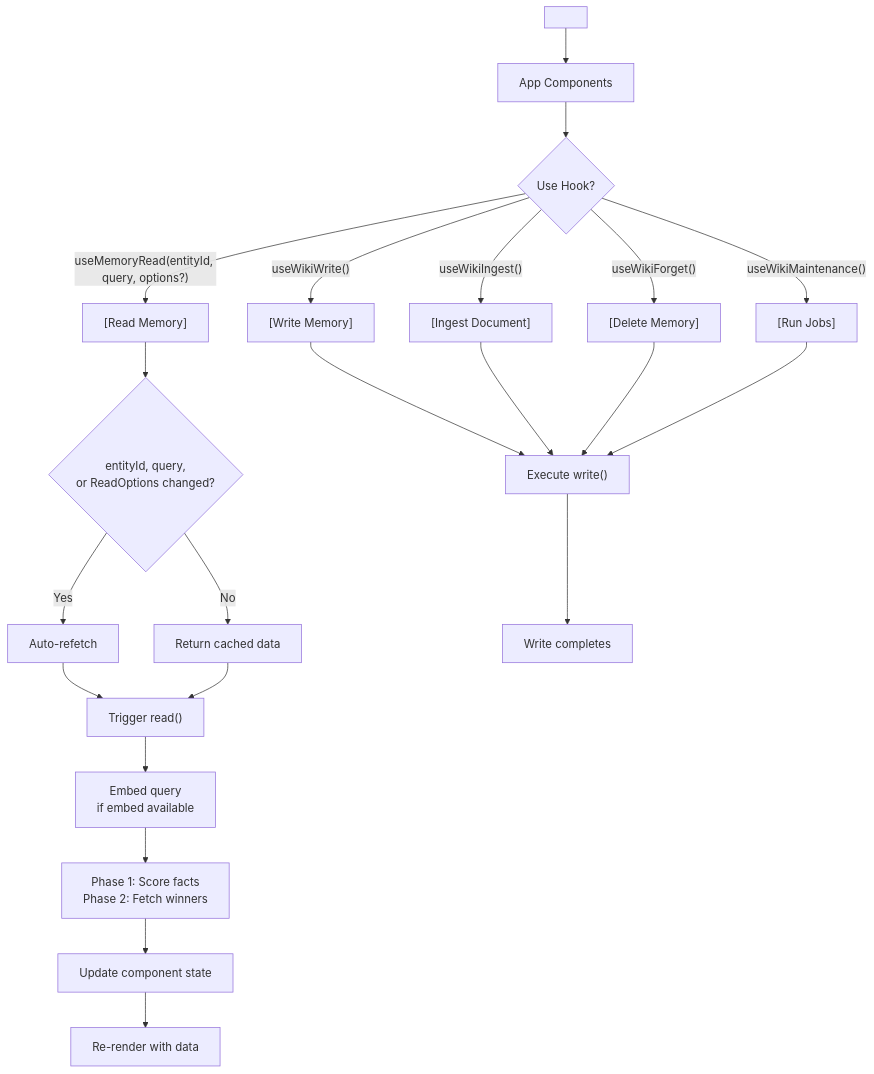
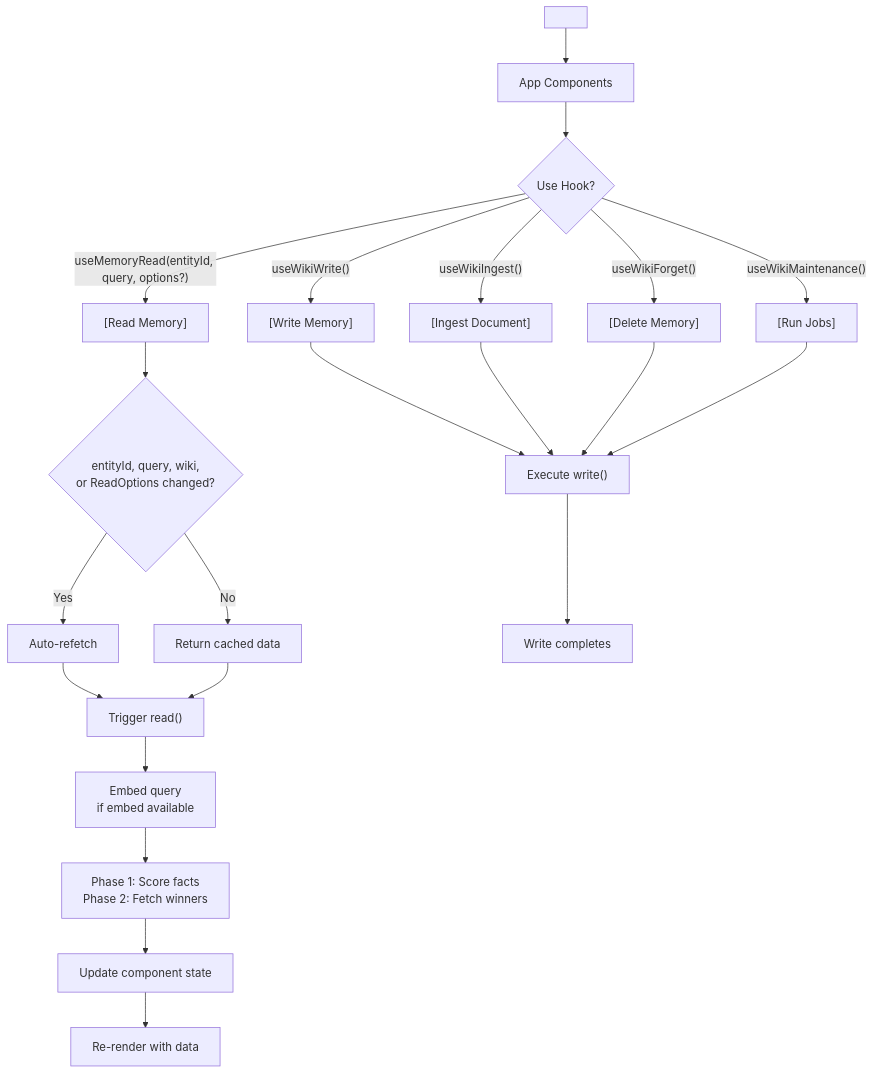
The first of 2 diagrams in packages/expo/README.md (equationalapplications/expo-llm-wiki), drawn with Mermaid before and after one commit.

Commit message:
Potential fix for pull request finding

````diff
--- a/packages/expo/README.md
+++ b/packages/expo/README.md
@@ -187,24 +187,24 @@
 ```mermaid
 flowchart TD
     A["<WikiProvider wiki={wiki}>"] --> B["App Components"]
     B --> C{"Use Hook?"}
     C -->|"useMemoryRead(entityId, query, options?)"| D["[Read Memory]"]
     C -->|"useWikiWrite()"| E["[Write Memory]"]
     C -->|"useWikiIngest()"| F["[Ingest Document]"]
     C -->|"useWikiForget()"| G["[Delete Memory]"]
     C -->|"useWikiMaintenance()"| H["[Run Jobs]"]
-    D --> I{"entityId, query,<br/>or ReadOptions changed?"}
+    D --> I{"entityId, query, wiki,<br/>or ReadOptions changed?"}
     I -->|"Yes"| J["Auto-refetch"]
     I -->|"No"| K["Return cached data"]
     J --> L["Trigger read()"]
     K --> L
     L --> M["Embed query<br/>if embed available"]
     M --> N["Phase 1: Score facts<br/>Phase 2: Fetch winners"]
     N --> O["Update component state"]
     O --> P["Re-render with data"]
     E --> Q["Execute write()"]
     F --> Q
     G --> Q
     H --> Q
     Q --> R["Write completes"]
 ```
````
